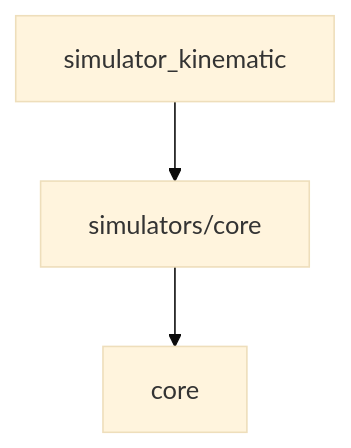
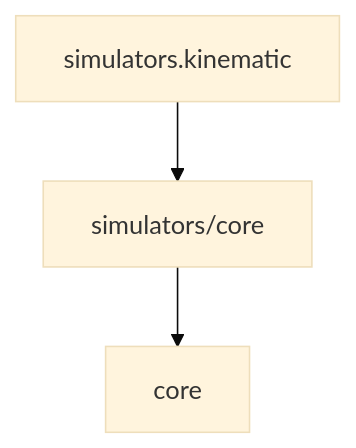
One commit to masahiro-kubota/python-self-driving-simulator changed the diagram in simulators/README.md. Above: the diagram before and after it, drawn with Mermaid (base theme). The commit also changed other lines of this file and 71 other files, not shown here.

````diff
--- a/simulators/README.md
+++ b/simulators/README.md
@@ -23,5 +23,5 @@
 ```mermaid
 graph TD
-    Kinematic[simulator_kinematic] --> Core[simulators/core]
+    Kinematic[simulators.kinematic] --> Core[simulators/core]
     Core --> Base[core]
 ```
````
